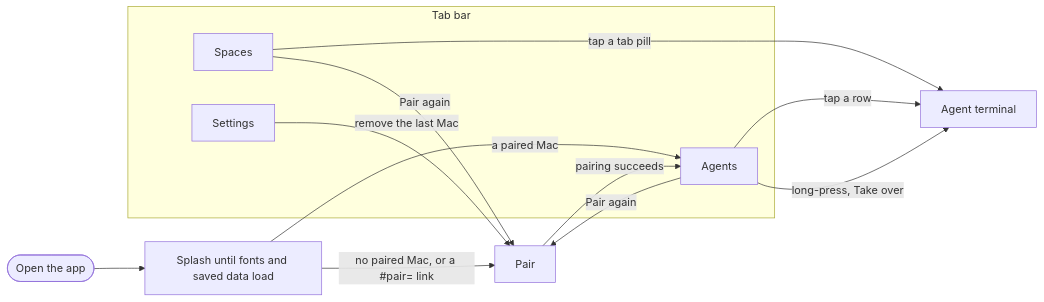
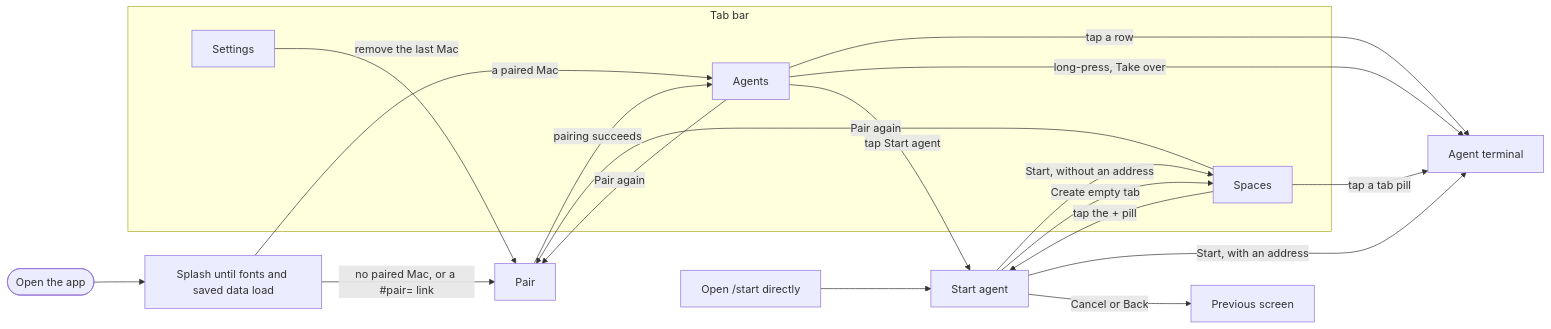
One commit to 0xroylee/herdr-mobile-app changed the diagram in docs/feature-map.md. Above: the diagram before and after it, drawn with Mermaid. The commit also changed other lines of this file and 18 other files, not shown here.

First line of the commit message:
Keep Empty tab across layout changes and add the app's feature-map rows (U17-3, draft)

````diff
--- a/docs/feature-map.md
+++ b/docs/feature-map.md
@@ -22,18 +22,25 @@
 ```mermaid
 flowchart LR
   open([Open the app]) --> splash["Splash until fonts and saved data load"]
   splash -->|"no paired Mac, or a #pair= link"| pair[Pair]
   splash -->|"a paired Mac"| agents
   pair -->|"pairing succeeds"| agents
   subgraph tabs [Tab bar]
     agents[Agents]
     spaces[Spaces]
     settings[Settings]
   end
   agents -->|"tap a row"| term[Agent terminal]
   agents -->|"long-press, Take over"| term
+  agents -->|"tap Start agent"| start[Start agent]
   spaces -->|"tap a tab pill"| term
+  spaces -->|"tap the + pill"| start
+  direct["Open /start directly"] --> start
+  start -->|"Start, with an address"| term
+  start -->|"Start, without an address"| spaces
+  start -->|"Create empty tab"| spaces
+  start -->|"Cancel or Back"| previous[Previous screen]
   agents -->|"Pair again"| pair
   spaces -->|"Pair again"| pair
   settings -->|"remove the last Mac"| pair
 ```
````
